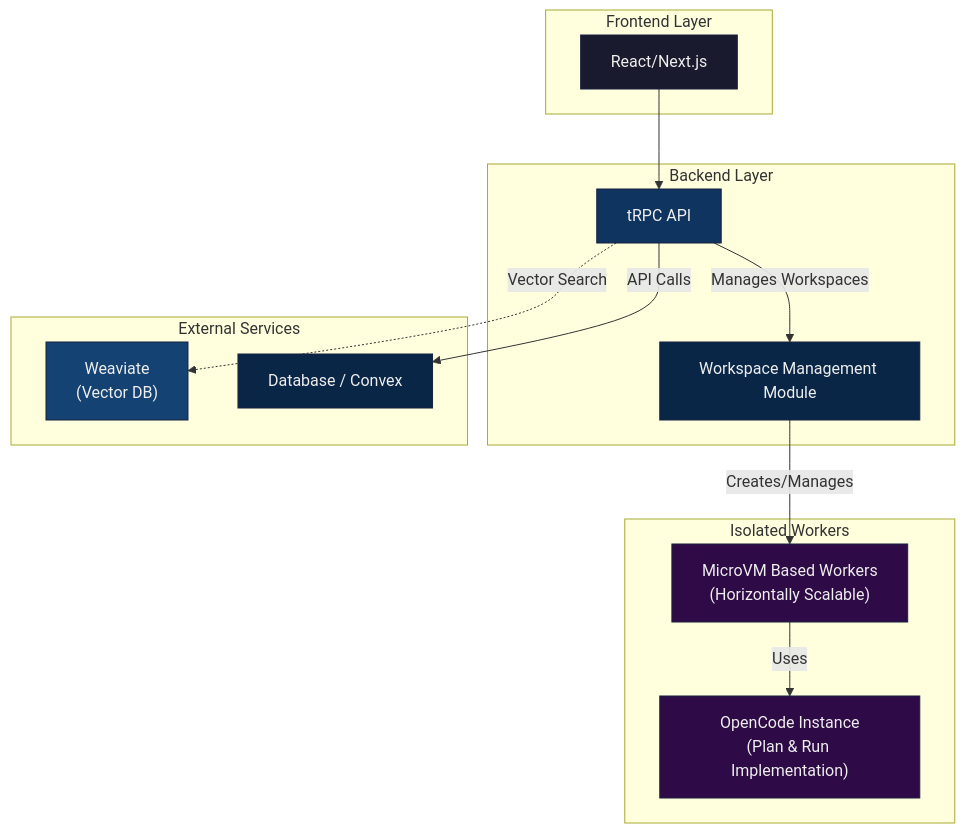
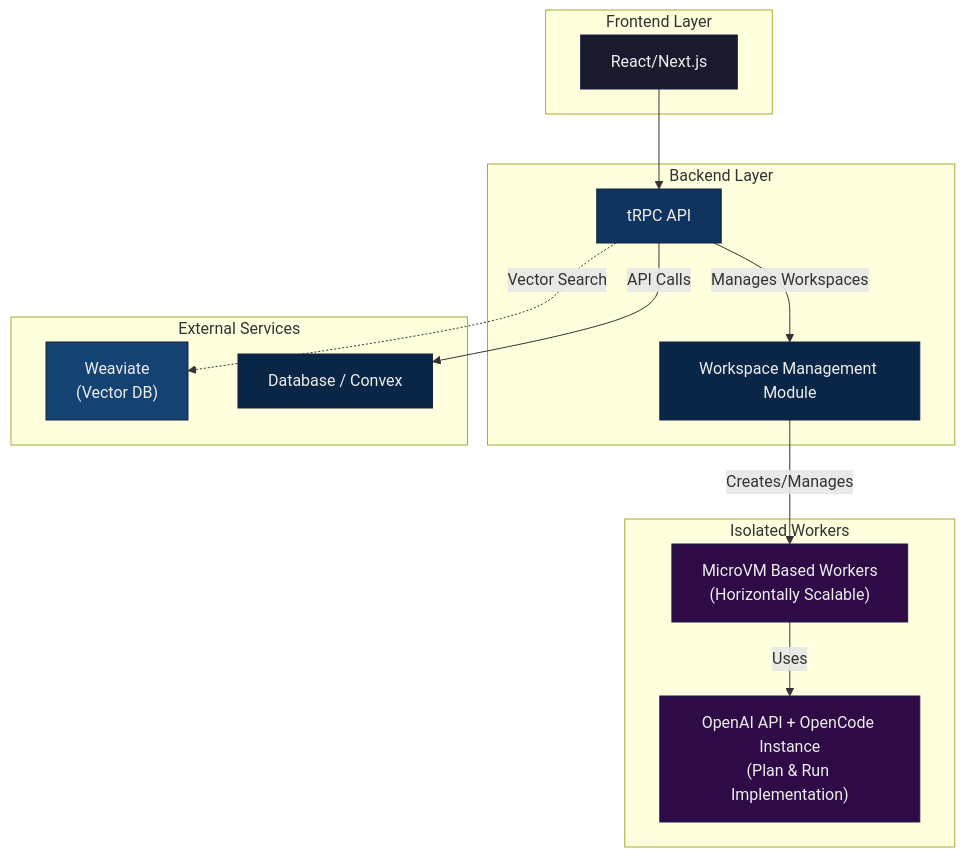
Before and after one commit to leoffx/tech-muc: the diagram in README.md, drawn with Mermaid.

Commit message:
update graph

````diff
--- a/README.md
+++ b/README.md
@@ -11,44 +11,44 @@
 ```mermaid
 graph TB
  subgraph Frontend["Frontend Layer"]
 App["React/Next.js"]
 end
 
     subgraph Backend["Backend Layer"]
         tRPC["tRPC API"]
         WorkspaceManager["Workspace Management Module"]
     end
 
     subgraph External["External Services"]
         Weaviate["Weaviate<br/>(Vector DB)"]
         Convex["Database / Convex"]
     end
 
     subgraph Workers["Isolated Workers"]
         MicroVMs["MicroVM Based Workers<br/>(Horizontally Scalable)"]
-        WorkerOpenCode["OpenCode Instance<br/>(Plan & Run Implementation)"]
+        WorkerOpenCode["OpenAI API + OpenCode Instance<br/>(Plan & Run Implementation)"]
     end
 
     App --> tRPC
     tRPC -->|API Calls| Convex
     tRPC -->|Manages Workspaces| WorkspaceManager
     WorkspaceManager -->|Creates/Manages| MicroVMs
     MicroVMs -->|Uses| WorkerOpenCode
     tRPC -.->|Vector Search| Weaviate
 
     classDef frontend fill:#1a1a2e,stroke:#16213e,color:#eee
     classDef api fill:#0f3460,stroke:#16213e,color:#eee
     classDef backend fill:#0a2647,stroke:#16213e,color:#eee
     classDef external fill:#144272,stroke:#16213e,color:#eee
     classDef client fill:#2c2c54,stroke:#16213e,color:#eee
     classDef static fill:#1a1a3e,stroke:#16213e,color:#eee
     classDef workers fill:#2e0a47,stroke:#16213e,color:#eee
 
     class Browser client
     class App,Components,Styles frontend
     class tRPC,Endpoints api
     class Convex,Schema,ServerFns,WorkspaceManager backend
     class Weaviate,OpenCode external
     class Public static
     class MicroVMs,WorkerOpenCode workers
 ```
````
